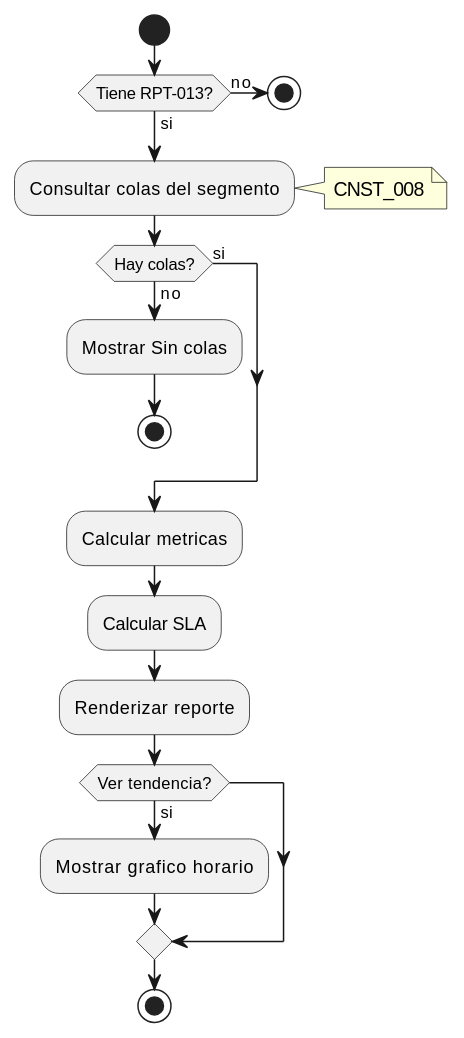
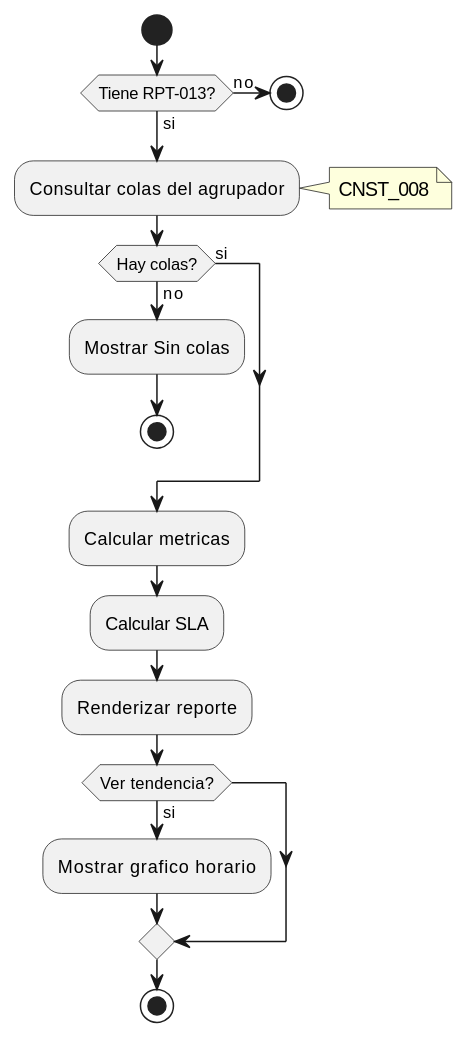
The third of 3 diagrams in source/requisitos/casos-uso/reports/uc-rpt-13-ver-reporte-colas.rst (jcg-admin/IACT-docs), drawn with PlantUML before and after one commit. The commit also changed other lines of this file and 14 other files, not shown here.

```diff
--- a/source/requisitos/casos-uso/reports/uc-rpt-13-ver-reporte-colas.rst
+++ b/source/requisitos/casos-uso/reports/uc-rpt-13-ver-reporte-colas.rst
@@ -202,24 +202,24 @@
 .. uml::
  :caption: Diagrama de Actividad - UC_RPT_13
 
  @startuml
  start
  if (Tiene RPT-013?) then (no)
  stop
  else (si)
  endif
- :Consultar colas del segmento;
+ :Consultar colas del agrupador;
  note right: CNST_008
  if (Hay colas?) then (no)
  :Mostrar Sin colas;
  stop
  else (si)
  endif
  :Calcular metricas;
  :Calcular SLA;
  :Renderizar reporte;
  if (Ver tendencia?) then (si)
  :Mostrar grafico horario;
  endif
  stop
  @enduml
```
